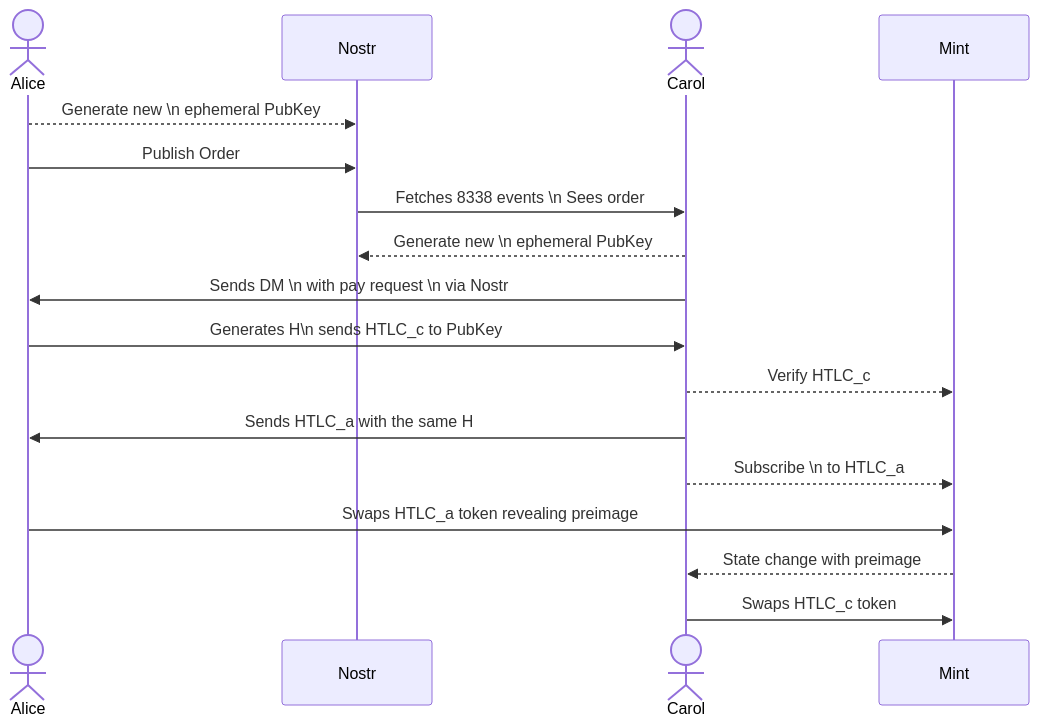
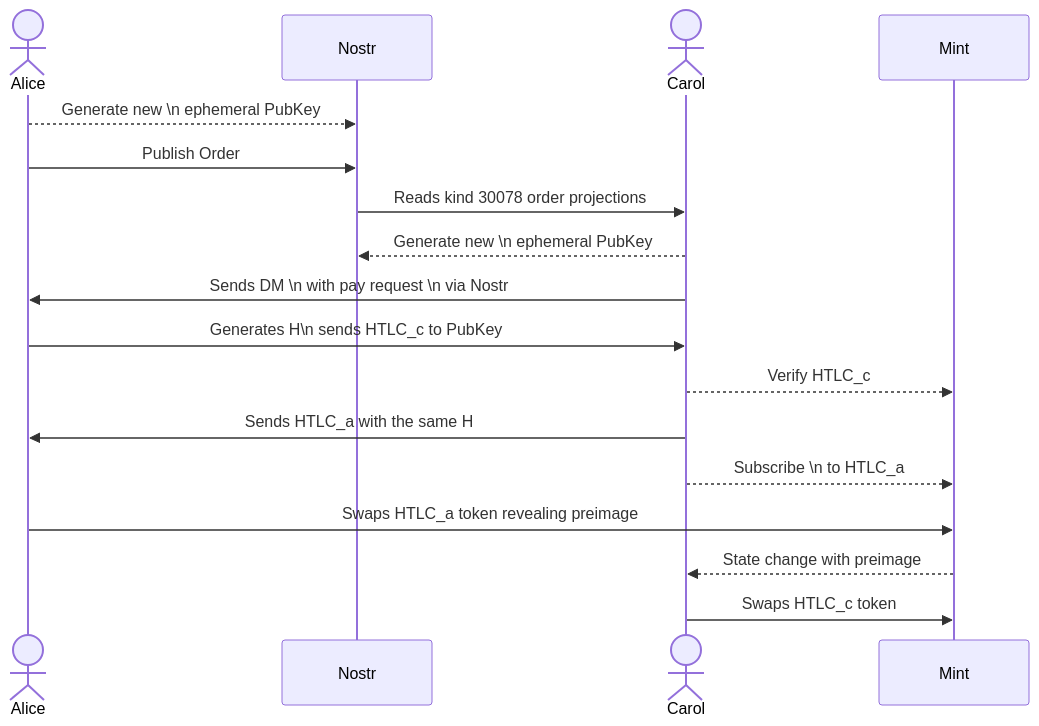
The diagram in README.md (brenorb/granola), drawn with Mermaid before and after one commit. The commit also changed other lines of this file and 13 other files, not shown here.

````diff
--- a/README.md
+++ b/README.md
@@ -19,21 +19,21 @@
 ```mermaid
 sequenceDiagram
     actor Alice
     participant Nostr
     actor Carol
     participant Mint
 
     Alice-->>Nostr: Generate new \n ephemeral PubKey
     Alice->>Nostr: Publish Order
 
-    Nostr->>Carol: Fetches 8338 events \n Sees order
+    Nostr->>Carol: Reads kind 30078 order projections
     Carol-->>Nostr: Generate new \n ephemeral PubKey
     Carol->>Alice: Sends DM \n with pay request \n via Nostr
     Alice->>Carol: Generates H\n sends HTLC_c to PubKey
     Carol-->>Mint: Verify HTLC_c
     Carol->>Alice: Sends HTLC_a with the same H
     Carol-->>Mint: Subscribe \n to HTLC_a
     Alice->>Mint: Swaps HTLC_a token revealing preimage
     Mint-->>Carol: State change with preimage
     Carol->>Mint: Swaps HTLC_c token
 ```
````
